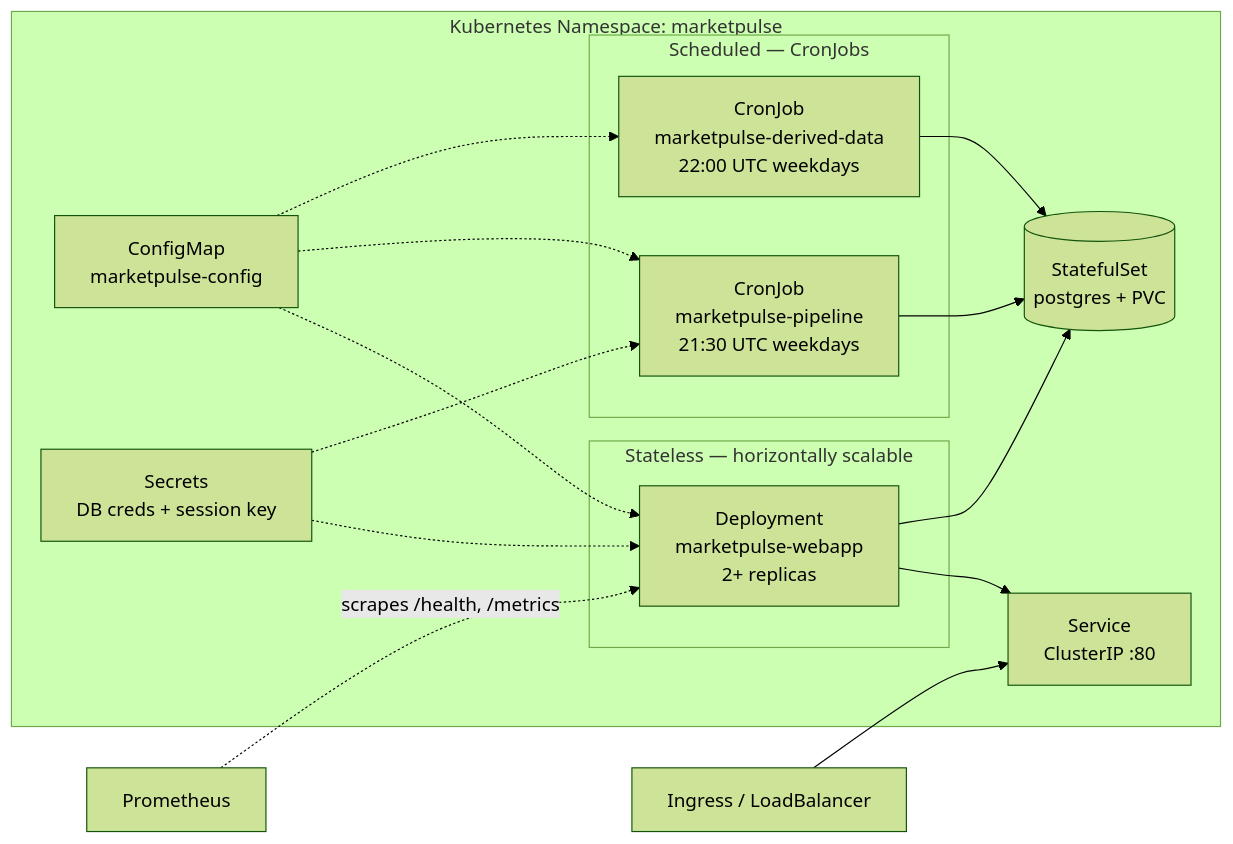
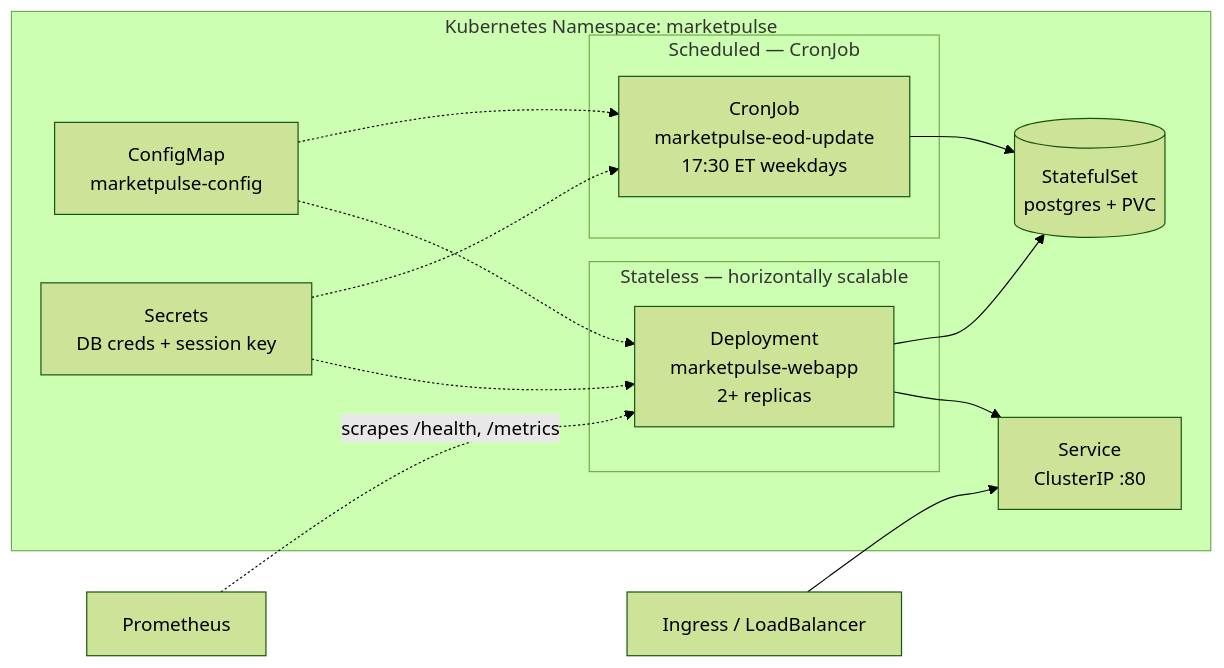
One commit to Liormym/MarketPulse-BI changed the second of 2 diagrams in README.md. Above: the diagram before and after it, drawn with Mermaid (forest theme). The commit also changed other lines of this file and 54 other files, not shown here.

````diff
--- a/README.md
+++ b/README.md
@@ -320,32 +346,29 @@
 ```mermaid
 flowchart LR
     subgraph Cluster["Kubernetes Namespace: marketpulse"]
         CM["ConfigMap<br/>marketpulse-config"]
         SEC["Secrets<br/>DB creds + session key"]
 
         subgraph Stateless["Stateless — horizontally scalable"]
             DEP["Deployment<br/>marketpulse-webapp<br/>2+ replicas"]
         end
 
-        subgraph Scheduled["Scheduled — CronJobs"]
-            CJ1["CronJob<br/>marketpulse-pipeline<br/>21:30 UTC weekdays"]
-            CJ2["CronJob<br/>marketpulse-derived-data<br/>22:00 UTC weekdays"]
+        subgraph Scheduled["Scheduled — CronJob"]
+            CJ["CronJob<br/>marketpulse-eod-update<br/>17:30 ET weekdays"]
         end
 
         SS[("StatefulSet<br/>postgres + PVC")]
         SVC["Service<br/>ClusterIP :80"]
 
         CM -.-> DEP
-        CM -.-> CJ1
-        CM -.-> CJ2
+        CM -.-> CJ
         SEC -.-> DEP
-        SEC -.-> CJ1
+        SEC -.-> CJ
         DEP --> SVC
         DEP --> SS
-        CJ1 --> SS
-        CJ2 --> SS
+        CJ --> SS
     end
 
     ING["Ingress / LoadBalancer"] --> SVC
     PROM["Prometheus"] -. scrapes /health, /metrics .-> DEP
 ```
````
